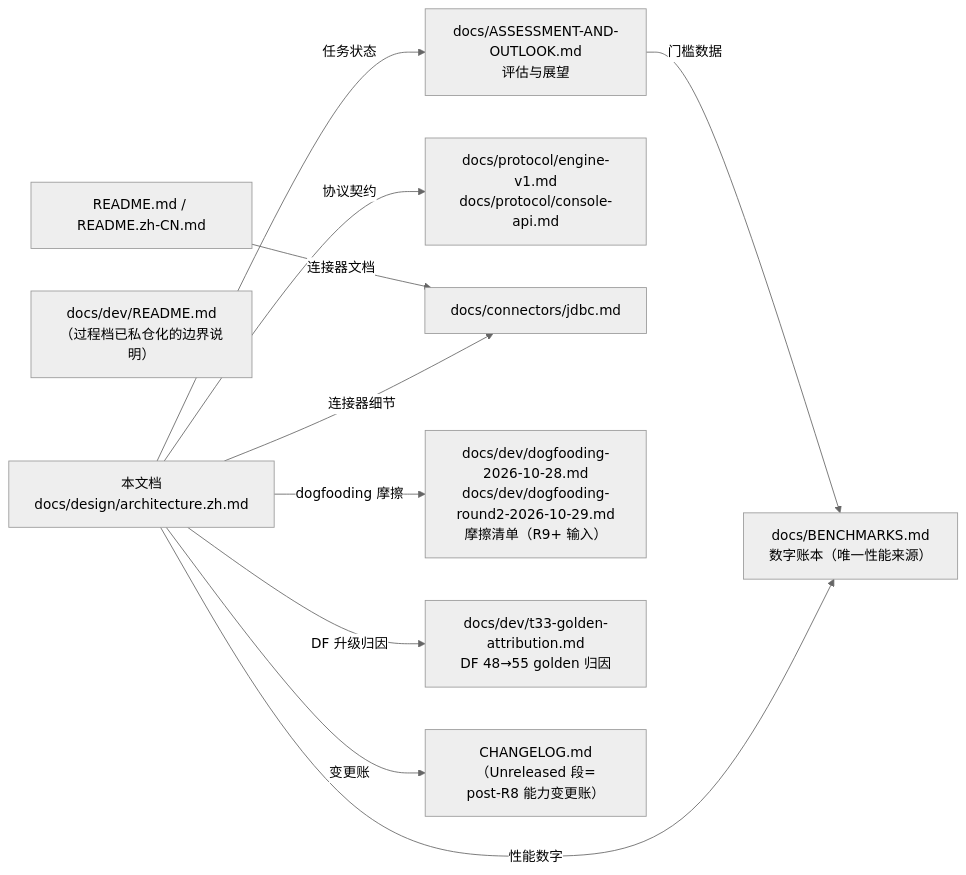
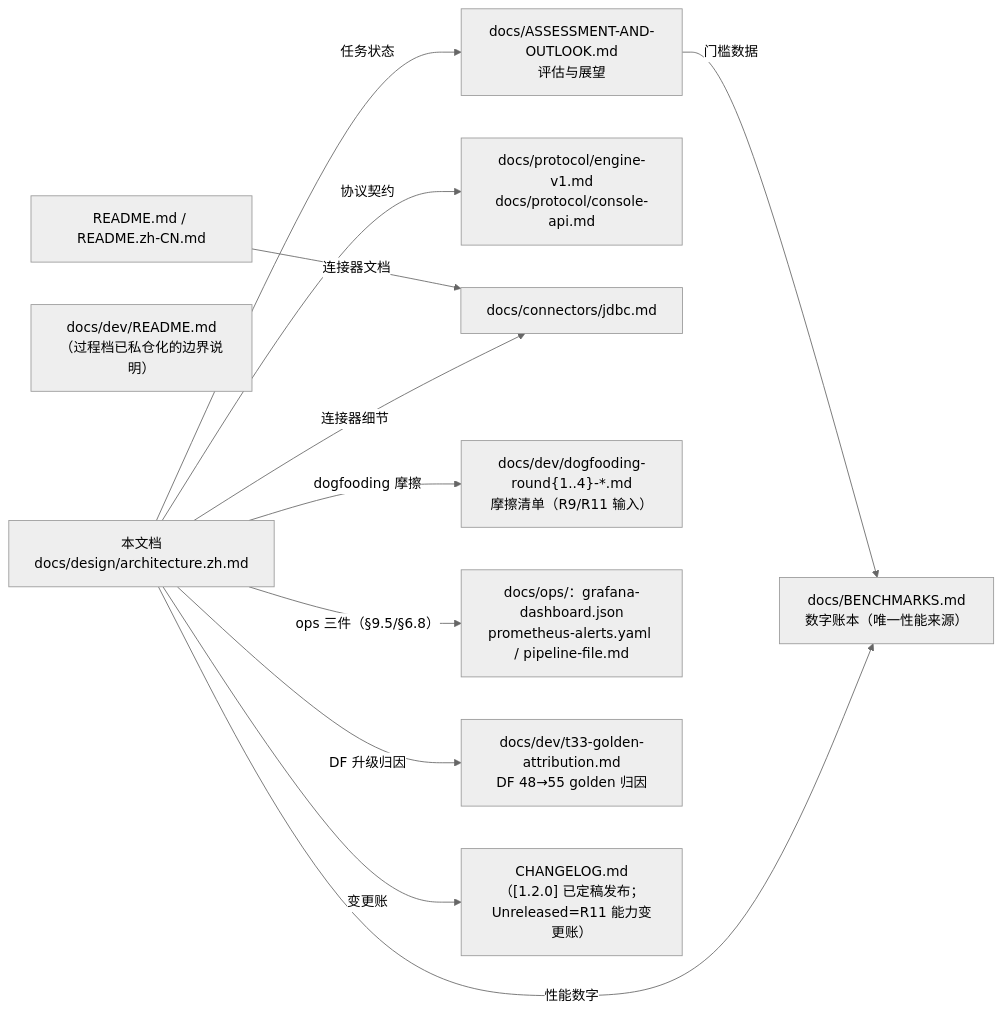
The seventh of 7 diagrams in docs/design/architecture.zh.md (SeekerGalahad/tailrace), drawn with Mermaid (neutral theme) before and after one commit. The commit also changed other lines of this file and 12 other files, not shown here.

````diff
--- a/docs/design/architecture.zh.md
+++ b/docs/design/architecture.zh.md
@@ -654,22 +794,24 @@
 ```mermaid
 flowchart LR
   ARCH["本文档<br/>docs/design/architecture.zh.md"]
   ROAD["docs/ASSESSMENT-AND-OUTLOOK.md<br/>评估与展望"]
   BENCH["docs/BENCHMARKS.md<br/>数字账本（唯一性能来源）"]
   PROTO["docs/protocol/engine-v1.md<br/>docs/protocol/console-api.md"]
   CONN["docs/connectors/jdbc.md"]
-  DOG["docs/dev/dogfooding-2026-10-28.md<br/>docs/dev/dogfooding-round2-2026-10-29.md<br/>摩擦清单（R9+ 输入）"]
+  DOG["docs/dev/dogfooding-round{1..4}-*.md<br/>摩擦清单（R9/R11 输入）"]
+  OPE["docs/ops/：grafana-dashboard.json<br/>prometheus-alerts.yaml / pipeline-file.md"]
   T33A["docs/dev/t33-golden-attribution.md<br/>DF 48→55 golden 归因"]
   DEVREADME["docs/dev/README.md<br/>（过程档已私仓化的边界说明）"]
-  CHANGELOG["CHANGELOG.md（Unreleased 段=<br/>post-R8 能力变更账）"]
+  CHANGELOG["CHANGELOG.md（[1.2.0] 已定稿发布；<br/>Unreleased=R11 能力变更账）"]
   README["README.md / README.zh-CN.md"]
   ARCH -->|"任务状态"| ROAD
   ARCH -->|"性能数字"| BENCH
   ARCH -->|"协议契约"| PROTO
   ARCH -->|"连接器细节"| CONN
   ARCH -->|"dogfooding 摩擦"| DOG
+  ARCH -->|"ops 三件（§9.5/§6.8）"| OPE
   ARCH -->|"DF 升级归因"| T33A
   ARCH -->|"变更账"| CHANGELOG
   ROAD -->|"门槛数据"| BENCH
   README -->|"连接器文档"| CONN
 ```
````
